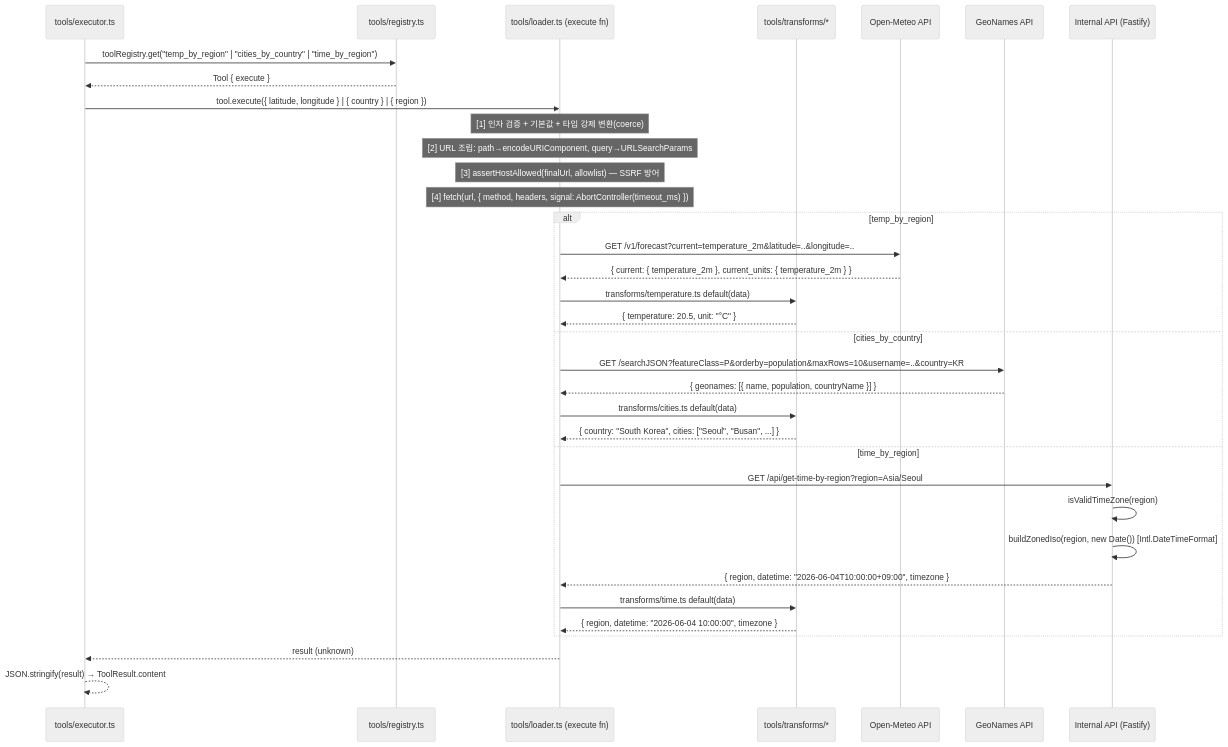
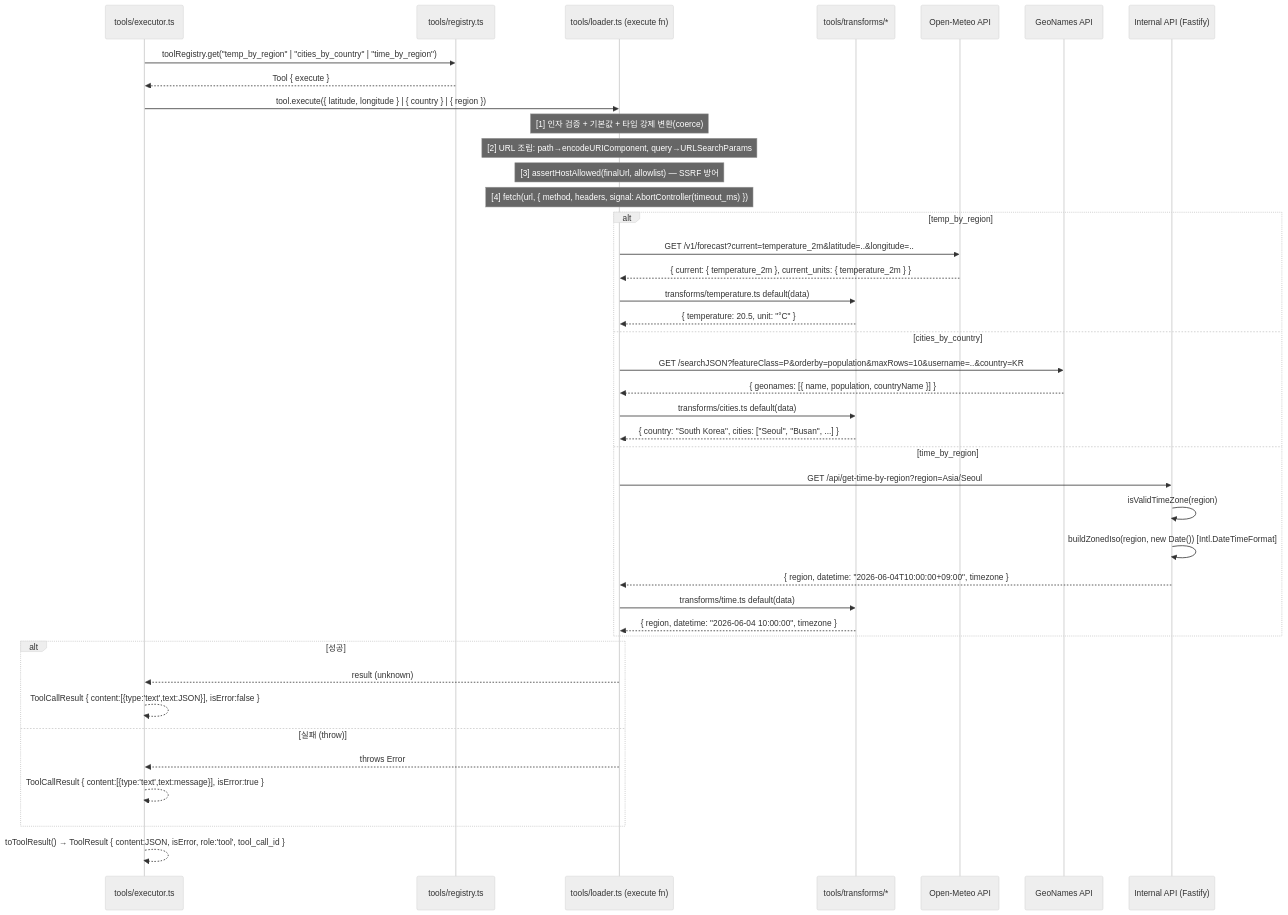
Before and after one commit to cutefly/chatbot-project: the fourth of 9 diagrams in docs/architecture.md, drawn with Mermaid (neutral theme). The commit also changed other lines of this file and 5 other files, not shown here.

First line of the commit message:
feat: MCP-aligned structured tool results with isError flag

````diff
--- a/docs/architecture.md
+++ b/docs/architecture.md
@@ -136,41 +136,47 @@
 ```mermaid
 sequenceDiagram
     participant EX as tools/executor.ts
     participant TR as tools/registry.ts
     participant LD as tools/loader.ts (execute fn)
     participant TF as tools/transforms/*
     participant OMAPI as Open-Meteo API
     participant GEOAPI as GeoNames API
     participant INTAPI as Internal API (Fastify)
 
     EX->>TR: toolRegistry.get("temp_by_region" | "cities_by_country" | "time_by_region")
     TR-->>EX: Tool { execute }
     EX->>LD: tool.execute({ latitude, longitude } | { country } | { region })
 
     Note over LD: [1] 인자 검증 + 기본값 + 타입 강제 변환(coerce)
     Note over LD: [2] URL 조립: path→encodeURIComponent, query→URLSearchParams
     Note over LD: [3] assertHostAllowed(finalUrl, allowlist) — SSRF 방어
     Note over LD: [4] fetch(url, { method, headers, signal: AbortController(timeout_ms) })
 
     alt temp_by_region
         LD->>OMAPI: GET /v1/forecast?current=temperature_2m&latitude=..&longitude=..
         OMAPI-->>LD: { current: { temperature_2m }, current_units: { temperature_2m } }
         LD->>TF: transforms/temperature.ts default(data)
         TF-->>LD: { temperature: 20.5, unit: "°C" }
     else cities_by_country
         LD->>GEOAPI: GET /searchJSON?featureClass=P&orderby=population&maxRows=10&username=..&country=KR
         GEOAPI-->>LD: { geonames: [{ name, population, countryName }] }
         LD->>TF: transforms/cities.ts default(data)
         TF-->>LD: { country: "South Korea", cities: ["Seoul", "Busan", ...] }
     else time_by_region
         LD->>INTAPI: GET /api/get-time-by-region?region=Asia/Seoul
         INTAPI->>INTAPI: isValidTimeZone(region)
         INTAPI->>INTAPI: buildZonedIso(region, new Date()) [Intl.DateTimeFormat]
         INTAPI-->>LD: { region, datetime: "2026-06-04T10:00:00+09:00", timezone }
         LD->>TF: transforms/time.ts default(data)
         TF-->>LD: { region, datetime: "2026-06-04 10:00:00", timezone }
     end
 
-    LD-->>EX: result (unknown)
-    EX-->>EX: JSON.stringify(result) → ToolResult.content
+    alt 성공
+        LD-->>EX: result (unknown)
+        EX-->>EX: ToolCallResult { content:[{type:'text',text:JSON}], isError:false }
+    else 실패 (throw)
+        LD-->>EX: throws Error
+        EX-->>EX: ToolCallResult { content:[{type:'text',text:message}], isError:true }
+    end
+    EX-->>EX: toToolResult() → ToolResult { content:JSON, isError, role:'tool', tool_call_id }
 ```
````
